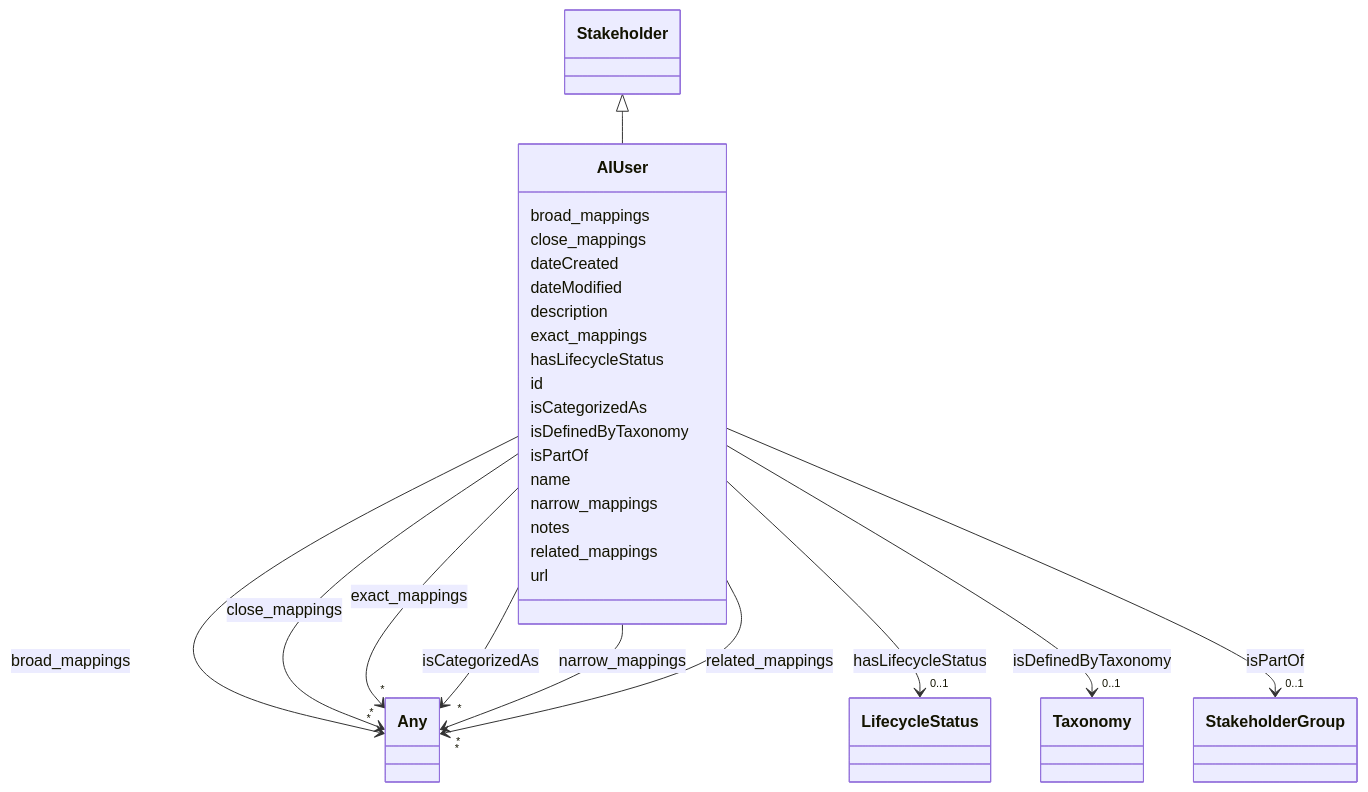
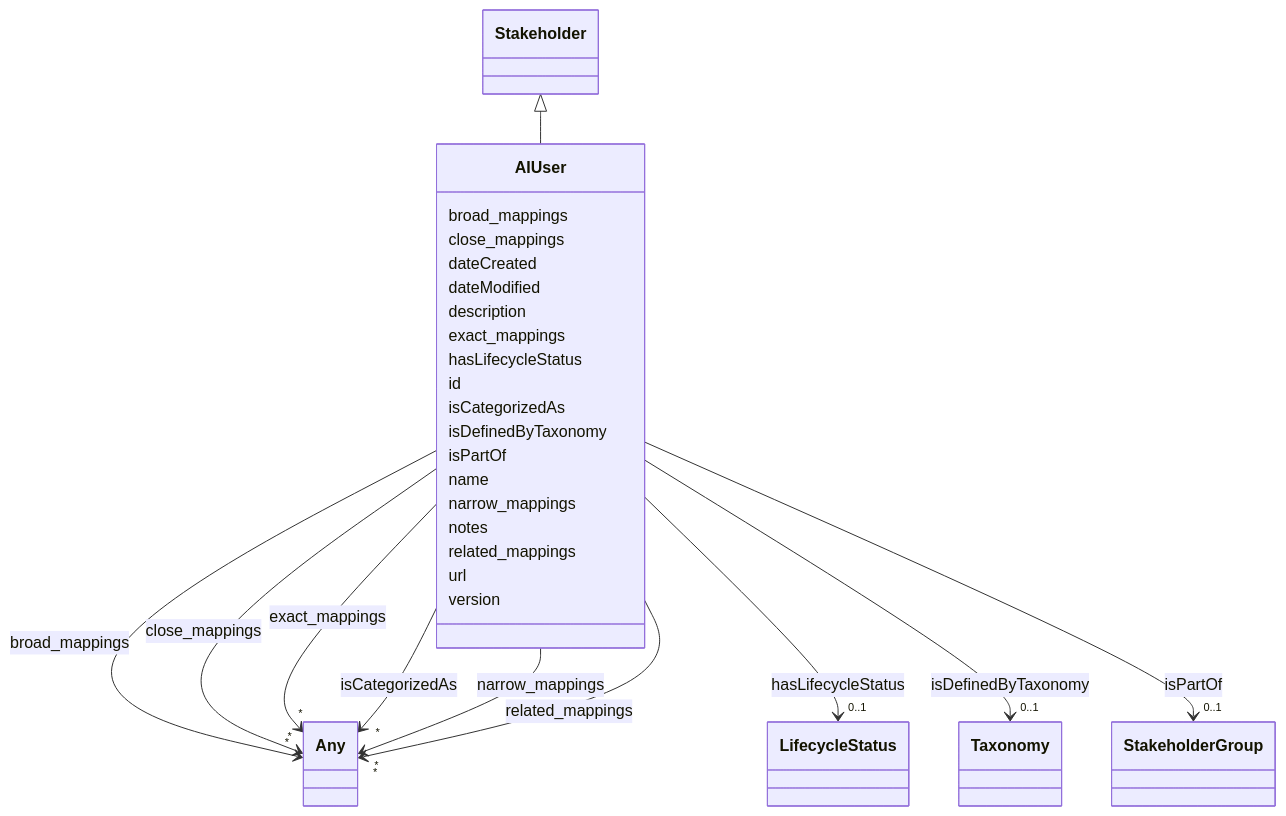
One commit to IBM/ai-atlas-nexus changed the diagram in docs/ontology/AIUser.md. Above: the diagram before and after it, drawn with Mermaid. The commit also changed other lines of this file and 101 other files, not shown here.

````diff
--- a/docs/ontology/AIUser.md
+++ b/docs/ontology/AIUser.md
@@ -131,5 +131,7 @@
 
       AIUser : url
 
+      AIUser : version
+
 
 ```
````
